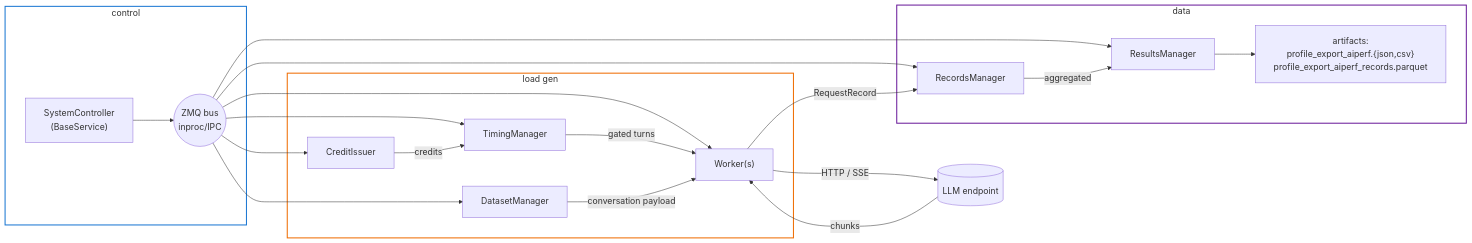
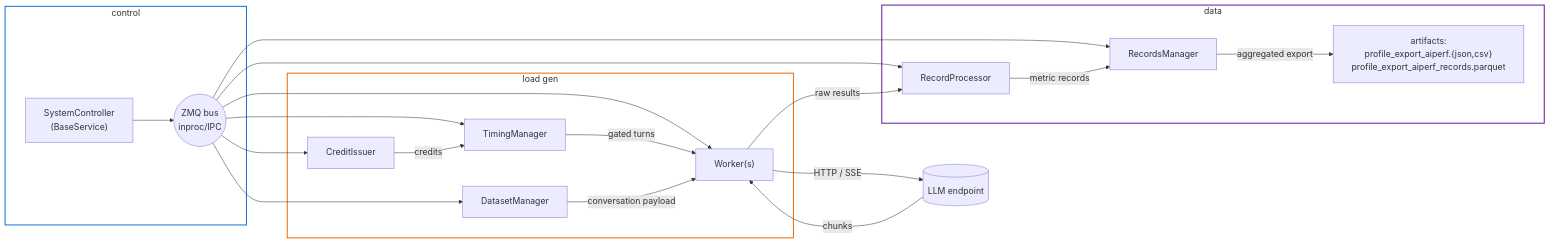
One commit to ai-dynamo/aiperf changed the seventh of 24 diagrams in docs/dev/sweep-orchestrator-flow.md. Above: the diagram before and after it, drawn with Mermaid. The commit also changed other lines of this file and 1 other file, not shown here.

First line of the commit message:
docs(sweep): regenerate ABC diagrams and correct planner/config/plugin facts

````diff
--- a/docs/dev/sweep-orchestrator-flow.md
+++ b/docs/dev/sweep-orchestrator-flow.md
@@ -240,44 +240,44 @@
 ```mermaid
 %%{init: {'flowchart': {'nodeSpacing': 60, 'rankSpacing': 80, 'padding': 18, 'htmlLabels': true, 'curve': 'basis'}, 'themeVariables': {'fontSize': '17px'}}}%%
 flowchart LR
     subgraph CONTROL["control"]
         sys["SystemController<br/>(BaseService)"]
         bus(("ZMQ bus<br/>inproc/IPC"))
     end
 
     subgraph LOAD["load gen"]
         ci["CreditIssuer"]
         tm["TimingManager"]
         dm["DatasetManager"]
         w["Worker(s)"]
     end
 
     subgraph DATA["data"]
+        rp["RecordProcessor"]
         rm["RecordsManager"]
-        res["ResultsManager"]
         art["artifacts:<br/>profile_export_aiperf.{json,csv}<br/>profile_export_aiperf_records.parquet"]
     end
 
     llm[("LLM endpoint")]
 
     sys --> bus
     bus --> ci
     bus --> tm
     bus --> dm
     bus --> w
     bus --> rm
-    bus --> res
+    bus --> rp
 
     ci -->|credits| tm
     tm -->|gated turns| w
     dm -->|conversation payload| w
     w -->|HTTP / SSE| llm
     llm -->|chunks| w
-    w -->|RequestRecord| rm
-    rm -->|aggregated| res
-    res --> art
+    w -->|raw results| rp
+    rp -->|metric records| rm
+    rm -->|aggregated export| art
 
     style CONTROL fill:transparent,stroke:#1976d2,stroke-width:2px,stroke-dasharray:0
     style LOAD fill:transparent,stroke:#ef6c00,stroke-width:2px,stroke-dasharray:0
     style DATA fill:transparent,stroke:#6a1b9a,stroke-width:2px,stroke-dasharray:0
 ```
````
